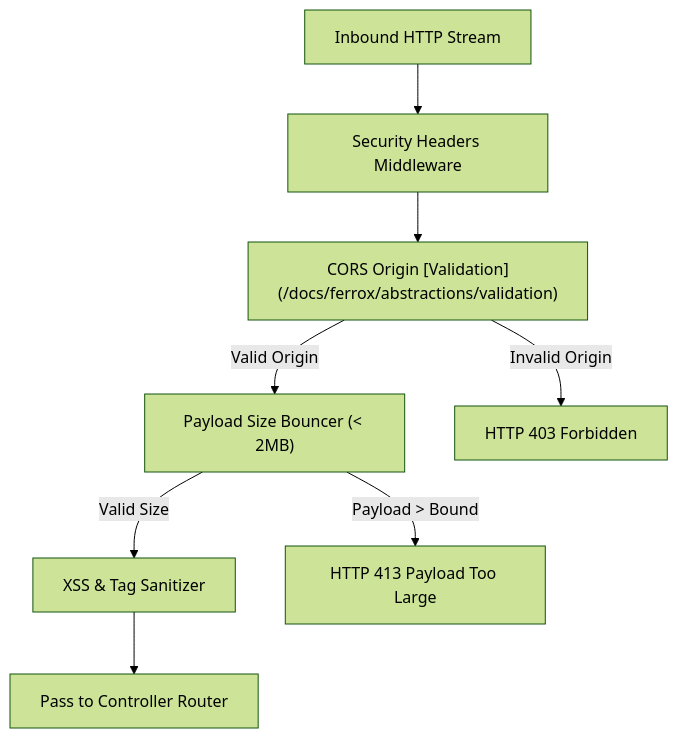
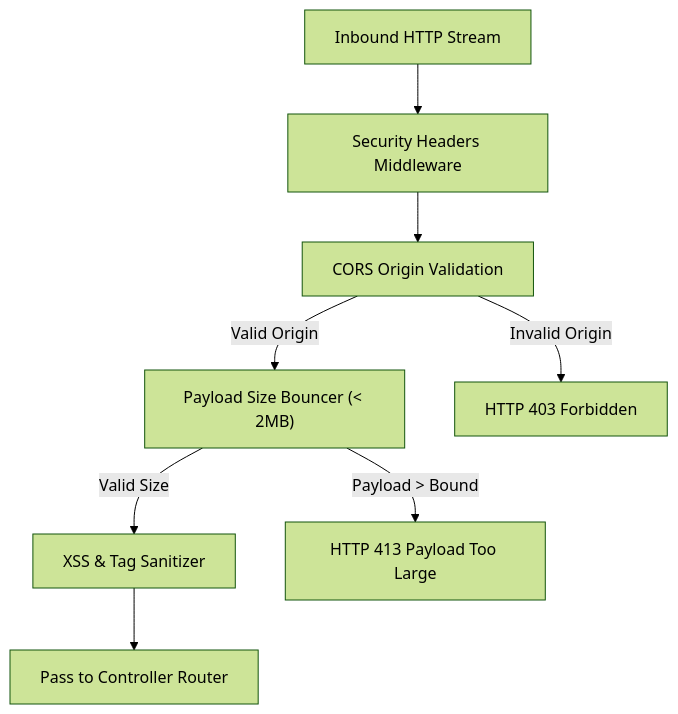
The diagram in docs/nestjs-yalc/security/sentinel.md (AI-Autistic-Intelligence/ferrox-docs), drawn with Mermaid (forest theme) before and after one commit. The commit also changed other lines of this file and 770 other files, not shown here.

````diff
--- a/docs/nestjs-yalc/security/sentinel.md
+++ b/docs/nestjs-yalc/security/sentinel.md
@@ -24,17 +24,17 @@
 ```mermaid
 flowchart TD
     Inbound["Inbound HTTP Stream"]
     HeaderCheck["Security Headers Middleware"]
-    CorsCheck["CORS Origin [Validation](/docs/ferrox/abstractions/validation)"]
+    CorsCheck["CORS Origin Validation"]
     SizeCheck["Payload Size Bouncer (< 2MB)"]
     Sanitizer["XSS & Tag Sanitizer"]
     Next["Pass to Controller Router"]
 
     Inbound --> HeaderCheck
     HeaderCheck --> CorsCheck
     CorsCheck -->|Invalid Origin| RejectCors["HTTP 403 Forbidden"]
     CorsCheck -->|Valid Origin| SizeCheck
     SizeCheck -->|Payload > Bound| RejectSize["HTTP 413 Payload Too Large"]
     SizeCheck -->|Valid Size| Sanitizer
     Sanitizer --> Next
 ```
````
